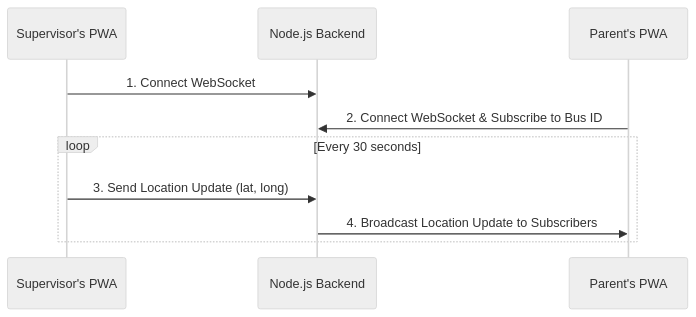
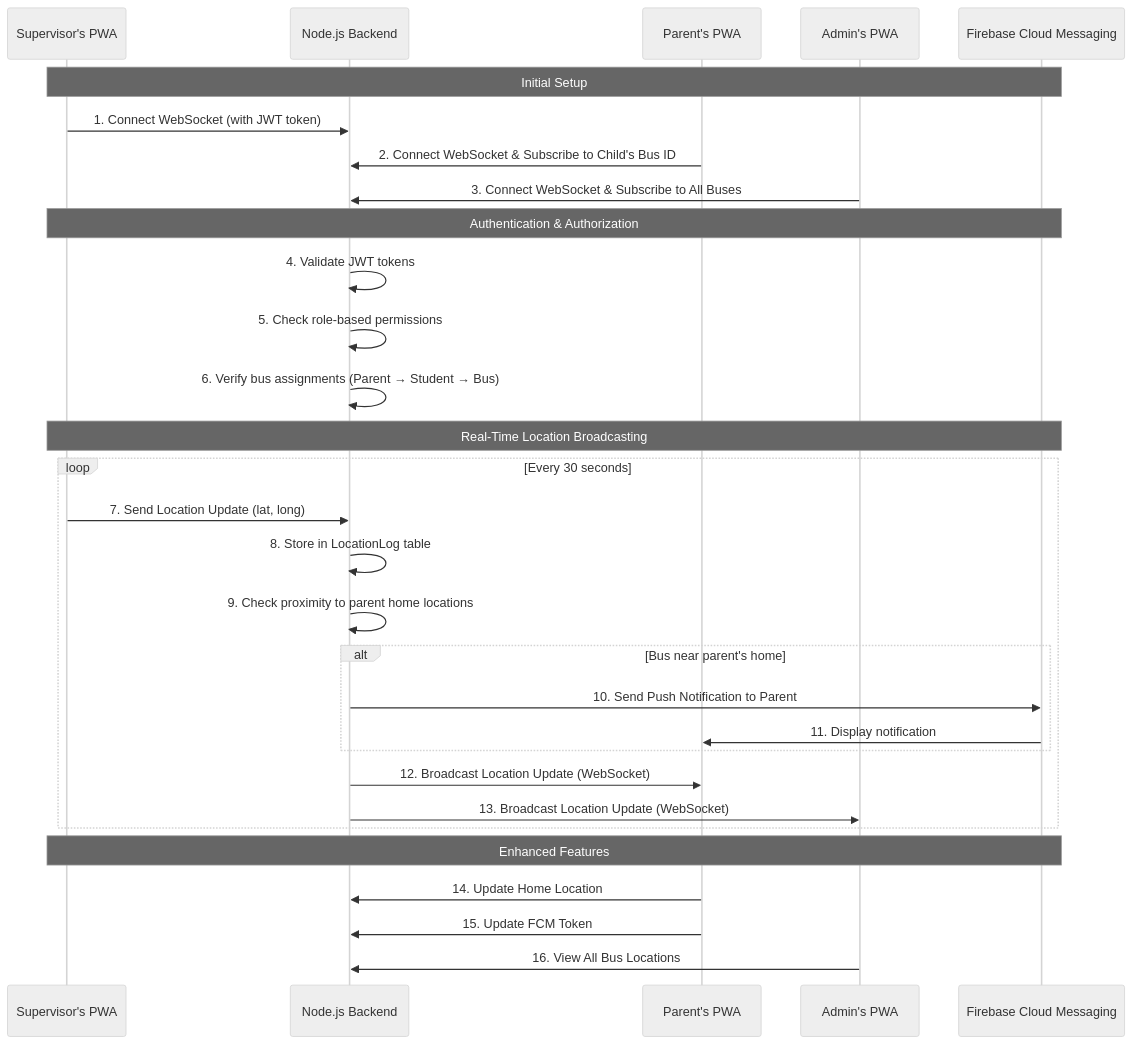
One commit to AhmedOmani/Smart-Bus changed the diagram in docs/diagrams/01_Real_Time_Tracking_Architecture.md. Above: the diagram before and after it, drawn with Mermaid (neutral theme). The commit also changed other lines of this file and 39 other files, not shown here.

````diff
--- a/docs/diagrams/01_Real_Time_Tracking_Architecture.md
+++ b/docs/diagrams/01_Real_Time_Tracking_Architecture.md
@@ -5,14 +5,38 @@
 ```mermaid
 sequenceDiagram
     participant SupervisorPWA as Supervisor's PWA
     participant Backend as Node.js Backend
     participant ParentPWA as Parent's PWA
+    participant AdminPWA as Admin's PWA
+    participant FCM as Firebase Cloud Messaging
 
-    SupervisorPWA->>Backend: 1. Connect WebSocket
-    ParentPWA->>Backend: 2. Connect WebSocket & Subscribe to Bus ID
+    Note over SupervisorPWA, FCM: Initial Setup
+    SupervisorPWA->>Backend: 1. Connect WebSocket (with JWT token)
+    ParentPWA->>Backend: 2. Connect WebSocket & Subscribe to Child's Bus ID
+    AdminPWA->>Backend: 3. Connect WebSocket & Subscribe to All Buses
 
+    Note over SupervisorPWA, FCM: Authentication & Authorization
+    Backend->>Backend: 4. Validate JWT tokens
+    Backend->>Backend: 5. Check role-based permissions
+    Backend->>Backend: 6. Verify bus assignments (Parent → Student → Bus)
+
+    Note over SupervisorPWA, FCM: Real-Time Location Broadcasting
     loop Every 30 seconds
-        SupervisorPWA->>Backend: 3. Send Location Update (lat, long)
-        Backend->>ParentPWA: 4. Broadcast Location Update to Subscribers
+        SupervisorPWA->>Backend: 7. Send Location Update (lat, long)
+        Backend->>Backend: 8. Store in LocationLog table
+        Backend->>Backend: 9. Check proximity to parent home locations
+        
+        alt Bus near parent's home
+            Backend->>FCM: 10. Send Push Notification to Parent
+            FCM->>ParentPWA: 11. Display notification
+        end
+        
+        Backend->>ParentPWA: 12. Broadcast Location Update (WebSocket)
+        Backend->>AdminPWA: 13. Broadcast Location Update (WebSocket)
     end
-``` 
+
+    Note over SupervisorPWA, FCM: Enhanced Features
+    ParentPWA->>Backend: 14. Update Home Location
+    ParentPWA->>Backend: 15. Update FCM Token
+    AdminPWA->>Backend: 16. View All Bus Locations
+```
````
